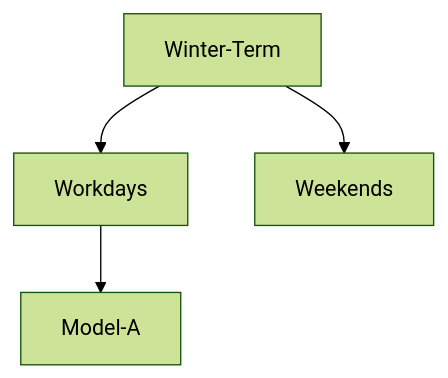
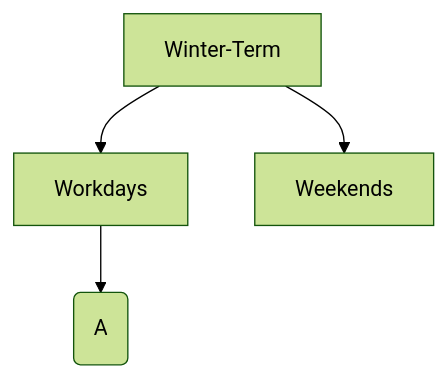
Before and after one commit to hajri94/Predictive-Model-for-Heat-Load-in-Buildings-Connected-to-District-Heating-Network: the diagram in README.md, drawn with Mermaid (forest theme).

````diff
--- a/README.md
+++ b/README.md
@@ -71,6 +71,6 @@
 ```mermaid
 graph TD;
     Winter-Term-->Workdays;
     Winter-Term-->Weekends;    
-    Workdays-->Model-A;        
+    Workdays-->Model(A);        
 ```
````
